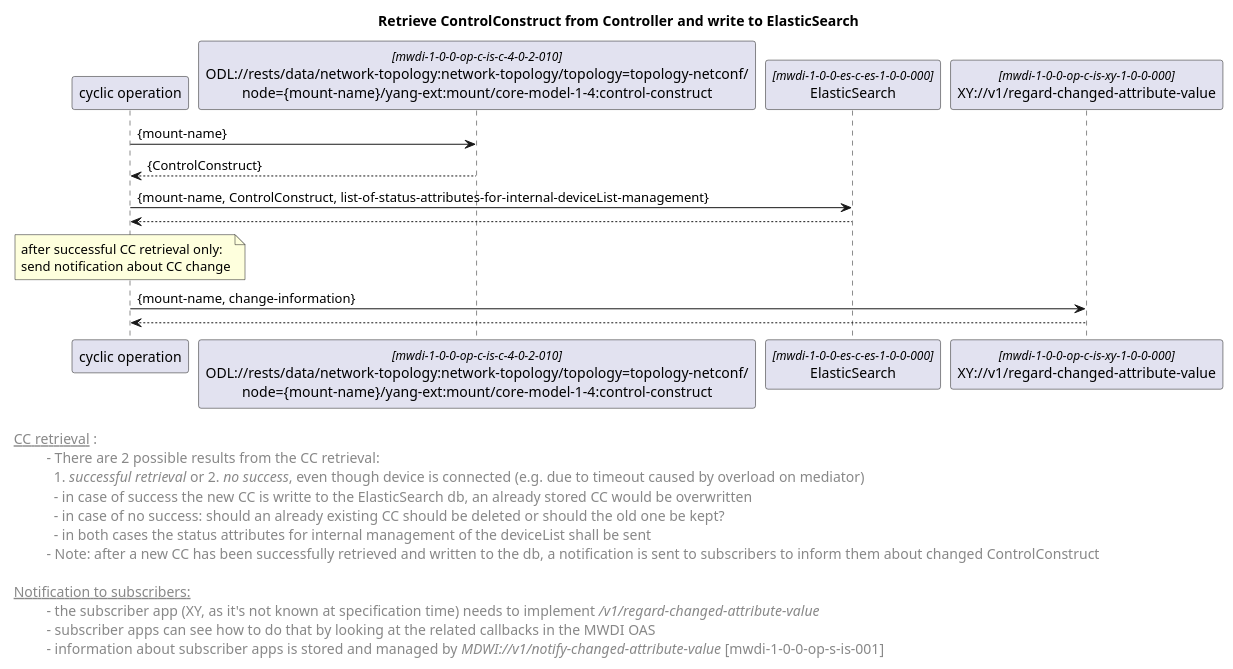
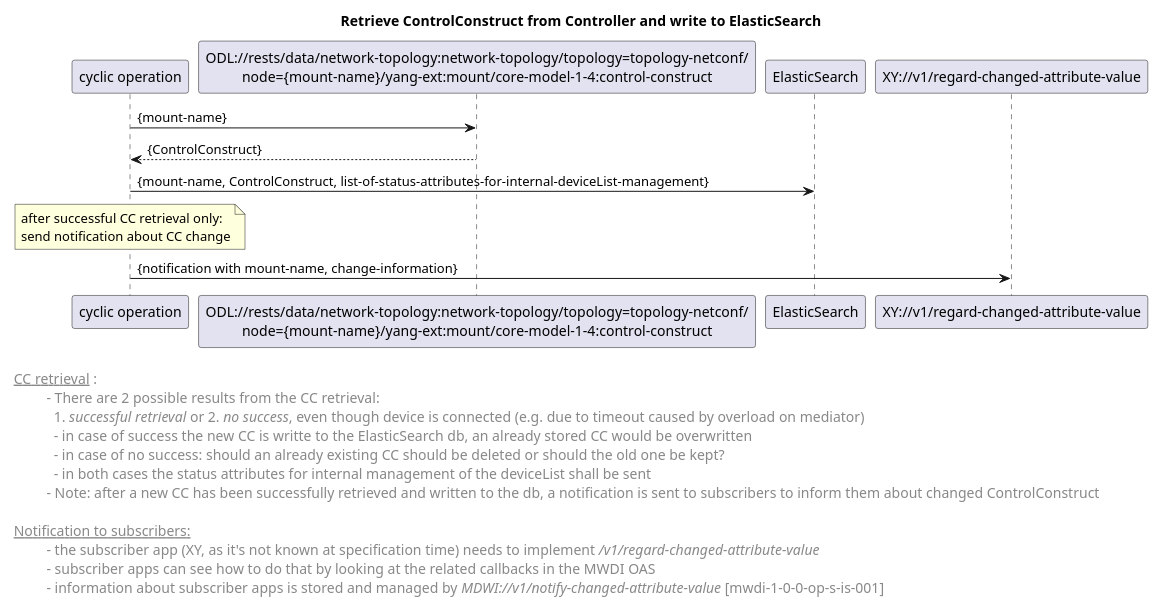
One commit to openBackhaul/MicroWaveDeviceInventory changed the diagram in spec/diagrams/03x_forwardingCyclicOperationRetrieveControlConstruct.plantuml. Above: the diagram before and after it, drawn with PlantUML. The commit also changed 6 other files, not shown here.

```diff
--- a/spec/diagrams/03x_forwardingCyclicOperationRetrieveControlConstruct.plantuml
+++ b/spec/diagrams/03x_forwardingCyclicOperationRetrieveControlConstruct.plantuml
@@ -1,53 +1,53 @@
 @startuml
 skinparam responseMessageBelowArrow true
 skinparam guillemet [ ]
 skinparam participant {
   StereotypeFontSize 12  
 }
+hide stereotype
 
 title Retrieve ControlConstruct from Controller and write to ElasticSearch
 
 'participants
 participant "cyclic operation" as cyclicop
 participant "ODL://rests/data/network-topology:network-topology/topology=topology-netconf/\nnode={mount-name}/yang-ext:mount/core-model-1-4:control-construct" as odlcc <<mwdi-1-0-0-op-c-is-c-4-0-2-010>>
 participant "ElasticSearch" as es <<mwdi-1-0-0-es-c-es-1-0-0-000>>
 participant "XY://v1/regard-changed-attribute-value" as notification <<mwdi-1-0-0-op-c-is-xy-1-0-0-000>>
 
 cyclicop -> odlcc: {mount-name}
 odlcc --> cyclicop: {ControlConstruct}
 
 
 cyclicop -> es: {mount-name, ControlConstruct, list-of-status-attributes-for-internal-deviceList-management}
-es --> cyclicop
 
 note over cyclicop: after successful CC retrieval only: \nsend notification about CC change
 
-cyclicop -> notification: {mount-name, change-information}
-notification --> cyclicop
+cyclicop -> notification: {notification with mount-name, change-information}
+
 
 
 left footer 
 
 <u> CC retrieval </u>:
 \t  - There are 2 possible results from the CC retrieval: 
 \t    1. <i>successful retrieval</i> or 2. <i>no success</i>, even though device is connected (e.g. due to timeout caused by overload on mediator)
 \t    - in case of success the new CC is writte to the ElasticSearch db, an already stored CC would be overwritten
 \t    - in case of no success: should an already existing CC should be deleted or should the old one be kept?
 \t    - in both cases the status attributes for internal management of the deviceList shall be sent
 \t  - Note: after a new CC has been successfully retrieved and written to the db, a notification is sent to subscribers to inform them about changed ControlConstruct
 
 <u> Notification to subscribers: </u>
 \t  - the subscriber app (XY, as it's not known at specification time) needs to implement <i>/v1/regard-changed-attribute-value</i>
 \t  - subscriber apps can see how to do that by looking at the related callbacks in the MWDI OAS 
 \t  - information about subscriber apps is stored and managed by <i>MDWI://v1/notify-changed-attribute-value</i> [mwdi-1-0-0-op-s-is-001]
 end footer
 
 <style>
 footer {
   HorizontalAlignment left
   FontSize 14
 }
 </style>
 
 
 @enduml
```
